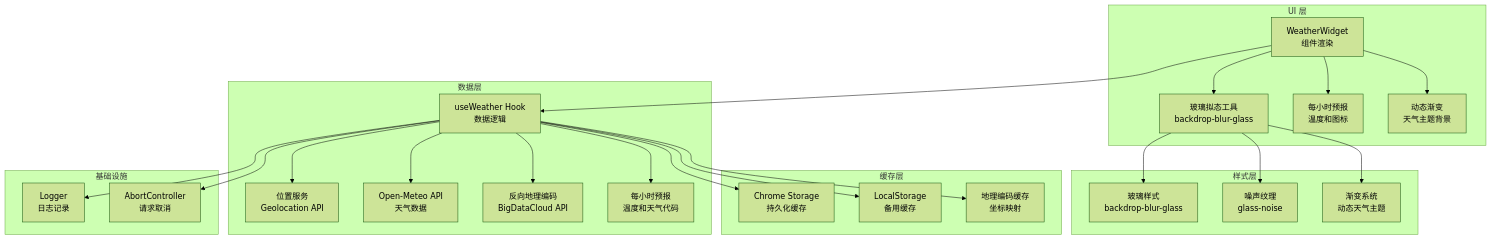
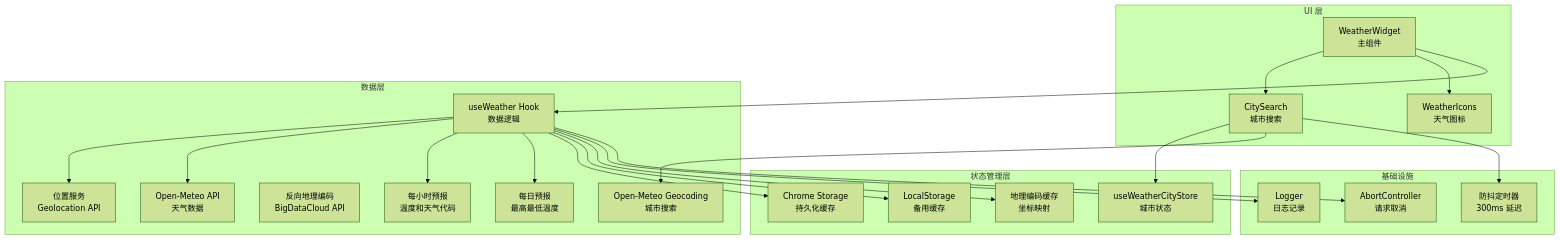
Before and after one commit to Zy0913/xtab: the second of 9 diagrams in .qoder/repowiki/zh/content/核心功能模块/天气组件.md, drawn with Mermaid (forest theme). The commit also changed other lines of this file and 15 other files, not shown here.

````diff
--- a/.qoder/repowiki/zh/content/核心功能模块/天气组件.md
+++ b/.qoder/repowiki/zh/content/核心功能模块/天气组件.md
@@ -131,46 +166,43 @@
 ```mermaid
 graph TB
 subgraph "UI 层"
-WeatherWidget["WeatherWidget<br/>组件渲染"]
-GlassUtilities["玻璃拟态工具<br/>backdrop-blur-glass"]
-HourlyForecast["每小时预报<br/>温度和图标"]
-DynamicGradient["动态渐变<br/>天气主题背景"]
+WeatherWidget["WeatherWidget<br/>主组件"]
+CitySearch["CitySearch<br/>城市搜索"]
+WeatherIcons["WeatherIcons<br/>天气图标"]
 end
 subgraph "数据层"
 UseWeatherHook["useWeather Hook<br/>数据逻辑"]
 LocationService["位置服务<br/>Geolocation API"]
 WeatherAPI["Open-Meteo API<br/>天气数据"]
 ReverseGeo["反向地理编码<br/>BigDataCloud API"]
+CitySearchAPI["Open-Meteo Geocoding<br/>城市搜索"]
 HourlyData["每小时预报<br/>温度和天气代码"]
+DailyData["每日预报<br/>最高最低温度"]
 end
-subgraph "缓存层"
+subgraph "状态管理层"
+UseWeatherCityStore["useWeatherCityStore<br/>城市状态"]
 ChromeStorage["Chrome Storage<br/>持久化缓存"]
 LocalStorage["LocalStorage<br/>备用缓存"]
 GeoCache["地理编码缓存<br/>坐标映射"]
 end
-subgraph "样式层"
-GlassStyles["玻璃样式<br/>backdrop-blur-glass"]
-NoiseTexture["噪声纹理<br/>glass-noise"]
-GradientSystem["渐变系统<br/>动态天气主题"]
-end
 subgraph "基础设施"
 Logger["Logger<br/>日志记录"]
 AbortController["AbortController<br/>请求取消"]
+DebounceTimer["防抖定时器<br/>300ms 延迟"]
 end
+WeatherWidget --> CitySearch
+WeatherWidget --> WeatherIcons
+CitySearch --> UseWeatherCityStore
+CitySearch --> CitySearchAPI
 WeatherWidget --> UseWeatherHook
-WeatherWidget --> GlassUtilities
-WeatherWidget --> HourlyForecast
-WeatherWidget --> DynamicGradient
 UseWeatherHook --> LocationService
 UseWeatherHook --> WeatherAPI
-UseWeatherHook --> ReverseGeo
 UseWeatherHook --> HourlyData
+UseWeatherHook --> DailyData
 UseWeatherHook --> ChromeStorage
 UseWeatherHook --> LocalStorage
 UseWeatherHook --> GeoCache
 UseWeatherHook --> Logger
 UseWeatherHook --> AbortController
-GlassUtilities --> GlassStyles
-GlassUtilities --> NoiseTexture
-GlassUtilities --> GradientSystem
+CitySearch --> DebounceTimer
 ```
````
